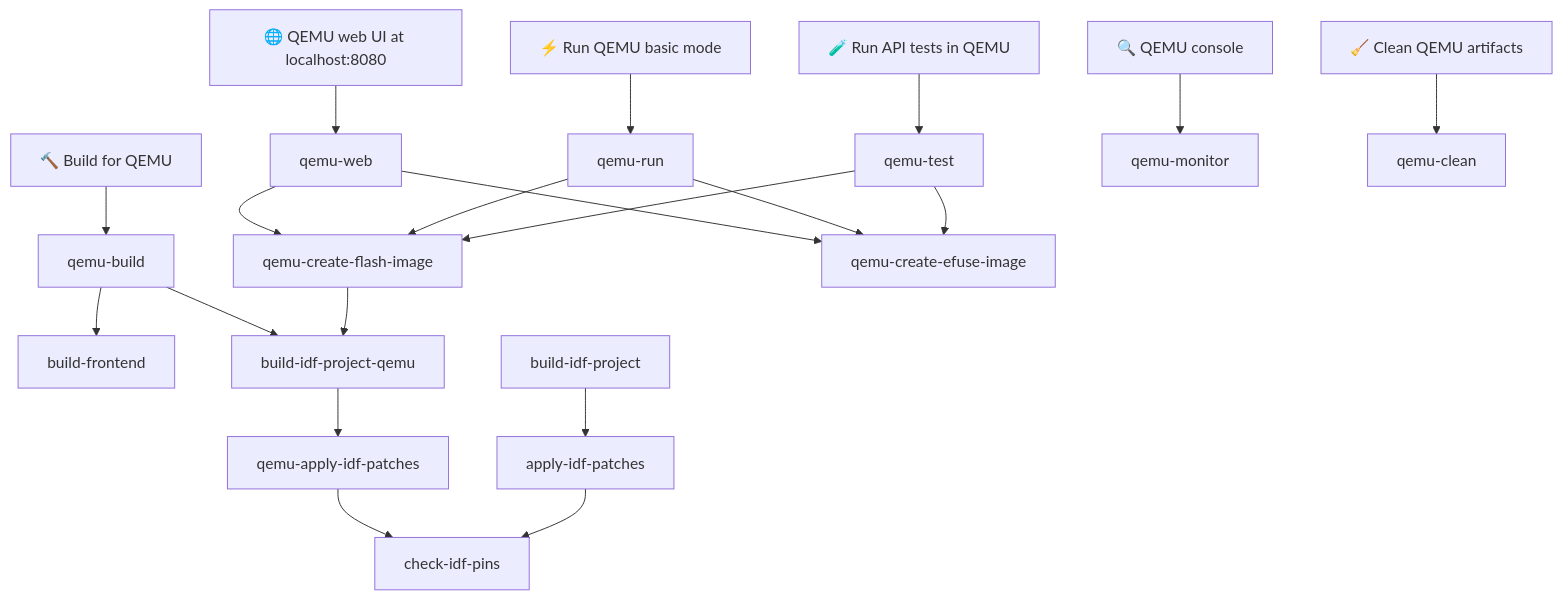
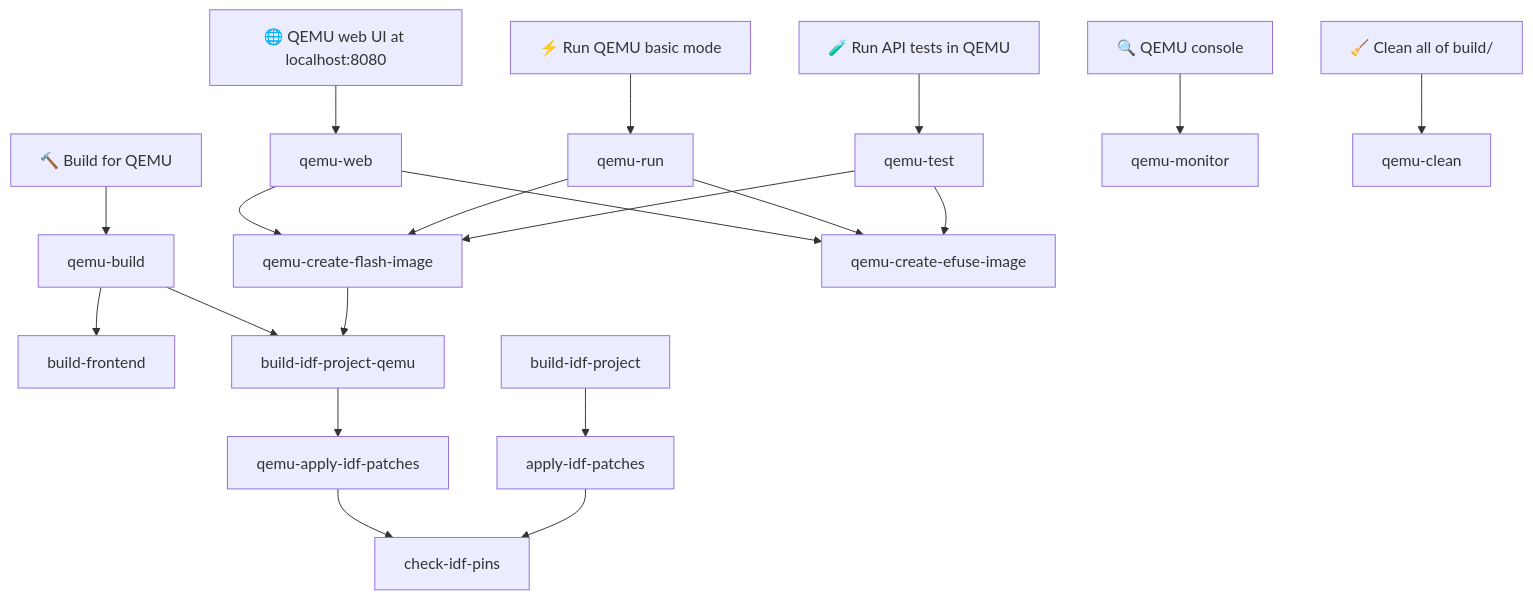
The second of 2 diagrams in README.md (wirenboard/wb-mge), drawn with Mermaid before and after one commit. The commit also changed other lines of this file and 6 other files, not shown here.

````diff
--- a/README.md
+++ b/README.md
@@ -284,24 +284,24 @@
 ```mermaid
 graph TD
     BQ["🔨 Build for QEMU"] --> qemu-build
     W["🌐 QEMU web UI at localhost:8080"] --> qemu-web
     T["🧪 Run API tests in QEMU"] --> qemu-test
     R["⚡ Run QEMU basic mode"] --> qemu-run
     MC["🔍 QEMU console"] --> qemu-monitor
-    CQ["🧹 Clean QEMU artifacts"] --> qemu-clean
+    CQ["🧹 Clean all of build/"] --> qemu-clean
 
     qemu-build --> build-frontend
     qemu-build --> build-idf-project-qemu
 
     qemu-web --> qemu-create-flash-image
     qemu-web --> qemu-create-efuse-image
     qemu-run --> qemu-create-flash-image
     qemu-run --> qemu-create-efuse-image
     qemu-test --> qemu-create-flash-image
     qemu-test --> qemu-create-efuse-image
     qemu-create-flash-image --> build-idf-project-qemu
     build-idf-project-qemu --> qemu-apply-idf-patches
     build-idf-project --> apply-idf-patches
     qemu-apply-idf-patches --> check-idf-pins
     apply-idf-patches --> check-idf-pins
 ```
````
